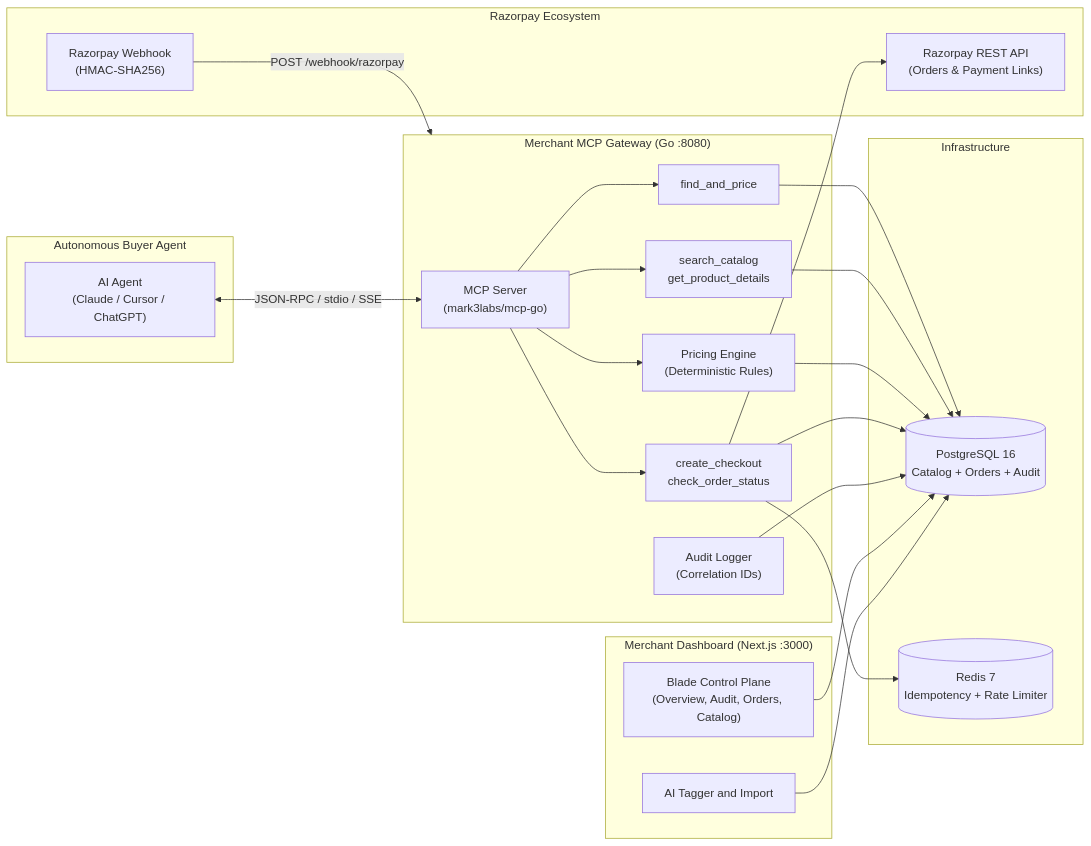
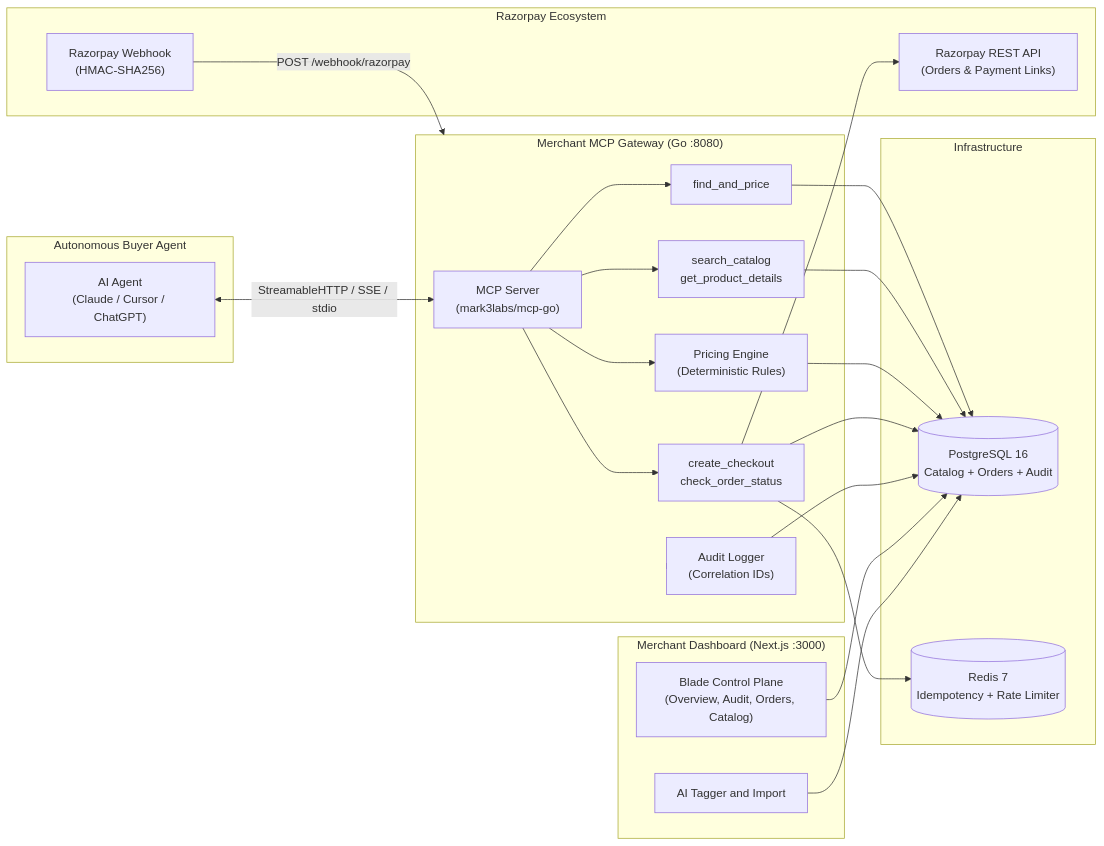
Before and after one commit to sohampawar1866/merchant-mcp: the diagram in README.md, drawn with Mermaid. The commit also changed other lines of this file and 1 other file, not shown here.

Commit message:
docs: update README and ARCHITECTURE for streamablehttp default, --transport flag, transport precedence table

````diff
--- a/README.md
+++ b/README.md
@@ -103,46 +116,46 @@
 ```mermaid
 flowchart LR
     subgraph Buyer ["Autonomous Buyer Agent"]
         LLM["AI Agent\n(Claude / Cursor / ChatGPT)"]
     end
 
     subgraph Gateway ["Merchant MCP Gateway (Go :8080)"]
         MCP["MCP Server\n(mark3labs/mcp-go)"]
         Composite["find_and_price"]
         Catalog["search_catalog\nget_product_details"]
         Pricing["Pricing Engine\n(Deterministic Rules)"]
         Checkout["create_checkout\ncheck_order_status"]
         Audit["Audit Logger\n(Correlation IDs)"]
     end
 
     subgraph Dashboard ["Merchant Dashboard (Next.js :3000)"]
         UI["Blade Control Plane\n(Overview, Audit, Orders, Catalog)"]
         Tagger["AI Tagger and Import"]
     end
 
     subgraph Storage ["Infrastructure"]
         PG[("PostgreSQL 16\nCatalog + Orders + Audit")]
         RD[("Redis 7\nIdempotency + Rate Limiter")]
     end
 
     subgraph Razorpay ["Razorpay Ecosystem"]
         RZP_API["Razorpay REST API\n(Orders & Payment Links)"]
         Webhook["Razorpay Webhook\n(HMAC-SHA256)"]
     end
 
-    LLM <-->|JSON-RPC / stdio / SSE| MCP
+    LLM <-->|StreamableHTTP / SSE / stdio| MCP
     MCP --> Composite
     MCP --> Catalog
     MCP --> Pricing
     MCP --> Checkout
     Composite --> PG
     Catalog --> PG
     Pricing --> PG
     Checkout --> PG
     Checkout --> RD
     Checkout --> RZP_API
     Webhook -->|POST /webhook/razorpay| Gateway
     Gateway --> Audit --> PG
     UI --> PG
     Tagger --> PG
 ```
````
